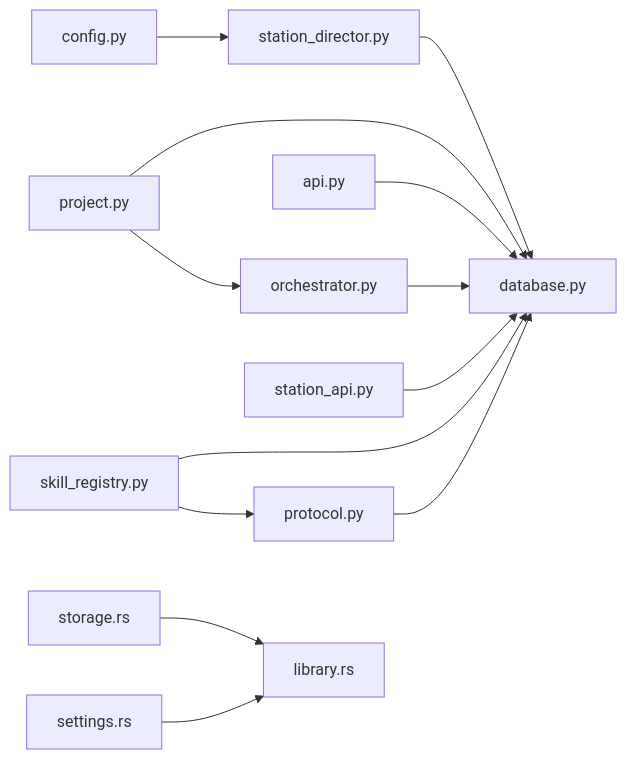
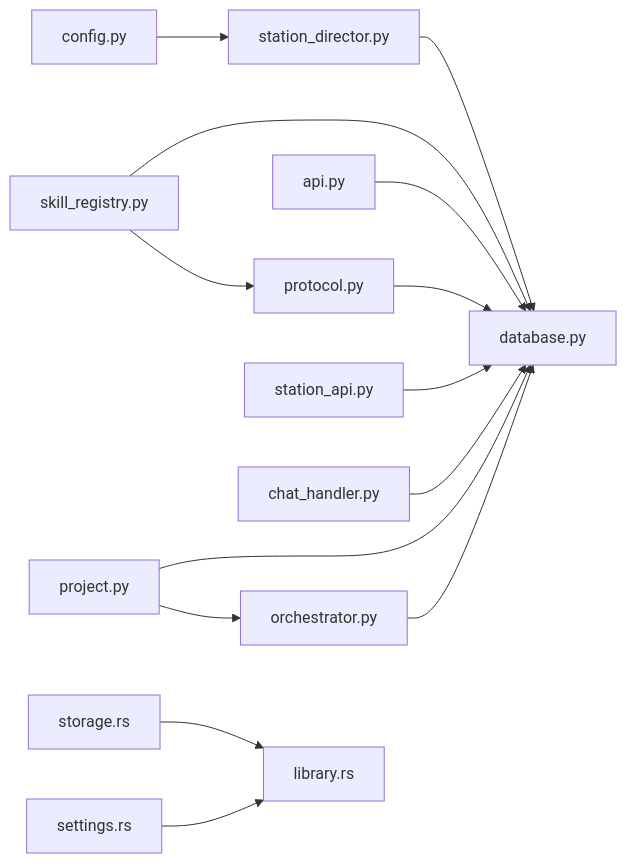
The fifth of 5 diagrams in .qoder/repowiki/zh/content/核心模块/数据库设计.md (targalian/Personal-distributed-workstation), drawn with Mermaid before and after one commit. The commit also changed other lines of this file and 60 other files, not shown here.

````diff
--- a/.qoder/repowiki/zh/content/核心模块/数据库设计.md
+++ b/.qoder/repowiki/zh/content/核心模块/数据库设计.md
@@ -574,15 +677,16 @@
 ```mermaid
 graph LR
 Protocol["protocol.py"] --> Database["database.py"]
 Config["config.py"] --> StationDirector["station_director.py"]
 StationDirector --> Database
 API["api.py"] --> Database
 ProjectMgr["project.py"] --> Database
 ProjectMgr --> Orchestrator["orchestrator.py"]
 Orchestrator --> Database
 SkillReg["skill_registry.py"] --> Database
 SkillReg --> Protocol
 SkillAPI["station_api.py"] --> Database
+ChatHandler["chat_handler.py"] --> Database
 Storage["storage.rs"] --> Library["library.rs"]
 Settings["settings.rs"] --> Library
 ```
````
